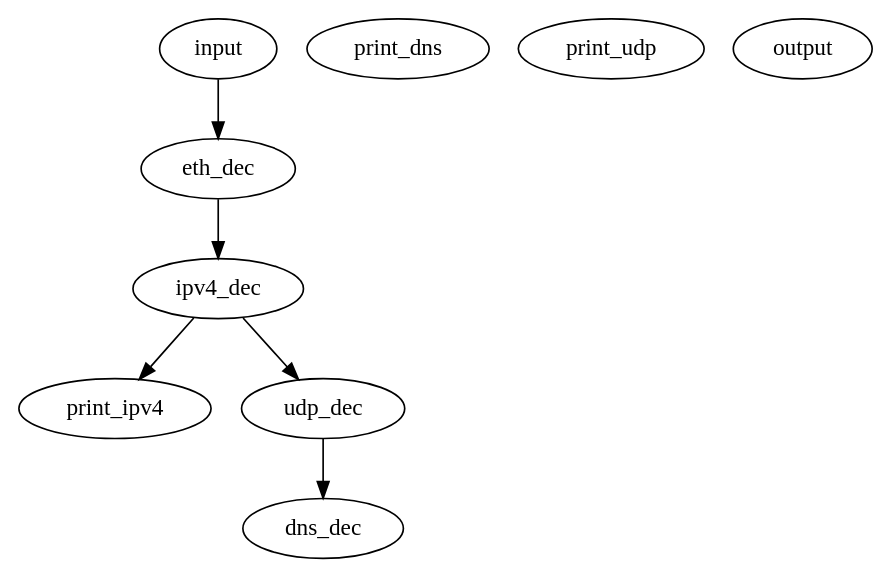
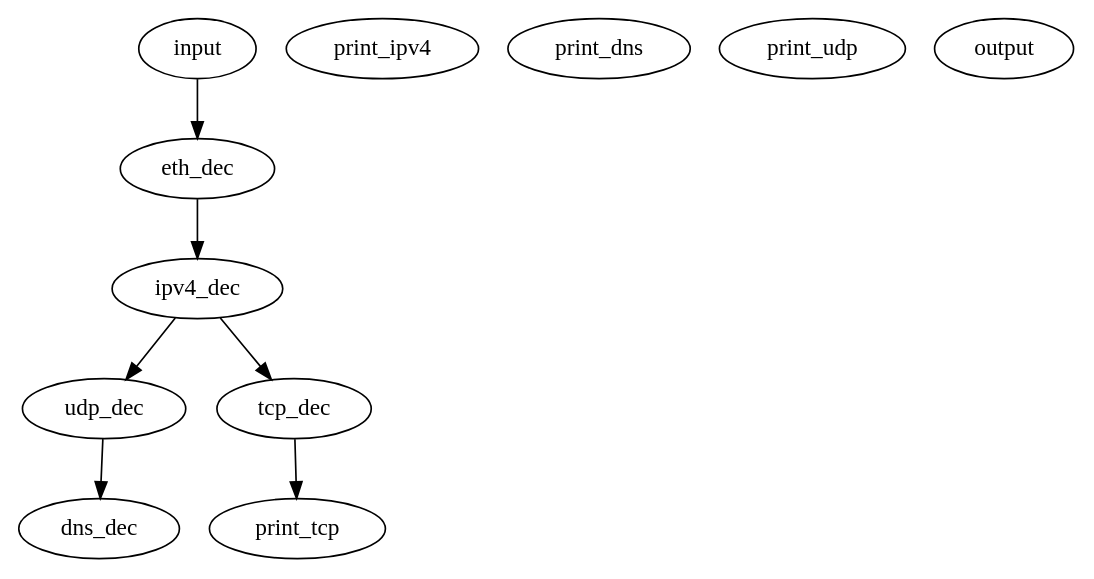
Before and after one commit to zbanks/lens: the diagram in src/lens.dot, drawn with Graphviz. The commit also changed 9 other files, not shown here.

```diff
--- a/src/lens.dot
+++ b/src/lens.dot
@@ -1,17 +1,19 @@
 digraph {
     input;
     print_ipv4 [type=print prefix=IPV4];
     print_dns [type=print prefix=DNS];
     print_udp [type=print prefix=UDP];
+    print_tcp [type=print prefix=TCP all=0];
     output [type=output];
 
     input -> eth_dec;
     eth_dec -> ipv4_dec [ethertype=ipv4];
     ipv4_dec -> udp_dec [proto=udp];
     udp_dec -> dns_dec [port=53];
-    ipv4_dec -> print_ipv4;
+    ipv4_dec -> tcp_dec [proto=tcp];
+    tcp_dec -> print_tcp;
     /*
     dns_dec -> print_dns;
     udp_dec -> print_udp [unmatched=1];
     */
 }
```
